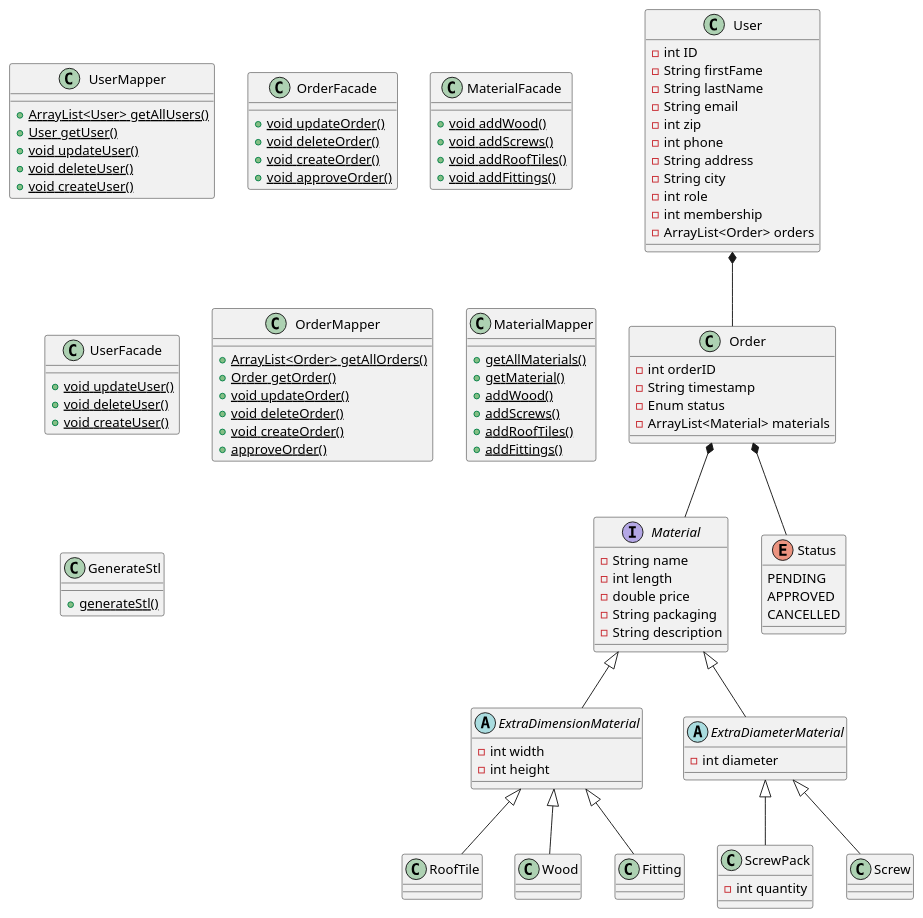
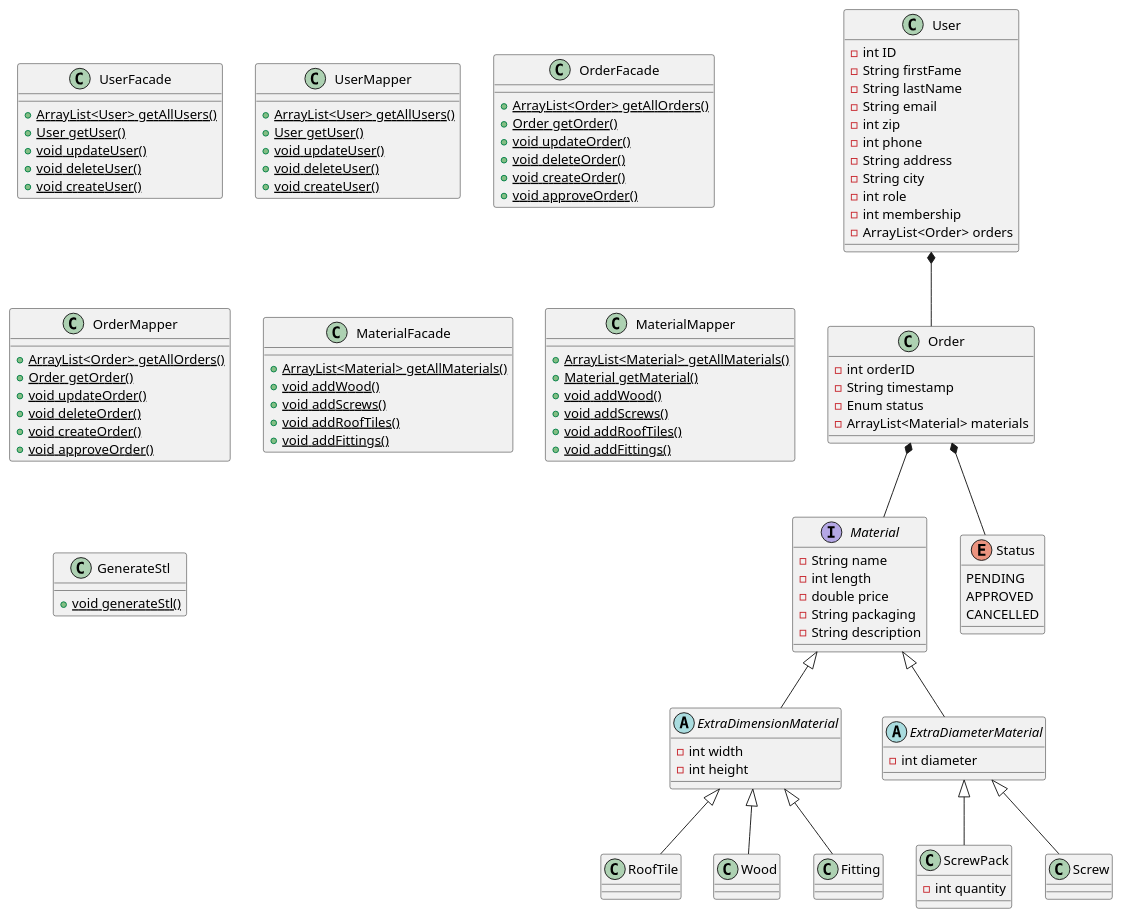
One commit to HeinLarsen/fog-carport changed the diagram in documentation/ClassDiagramV3.puml. Above: the diagram before and after it, drawn with PlantUML.

```diff
--- a/documentation/ClassDiagramV3.puml
+++ b/documentation/ClassDiagramV3.puml
@@ -1,126 +1,132 @@
 @startuml
 'https://plantuml.com/class-diagram
 
 class User {
 - int ID
 - String firstFame
 - String lastName
 - String email
 - int zip
 - int phone
 - String address
 - String city
 - int role
 - int membership
 - ArrayList<Order> orders
 }
 
+class UserFacade {
++ {static} ArrayList<User> getAllUsers()
++ {static} User getUser()
++ {static} void updateUser()
++ {static} void deleteUser()
++ {static} void createUser()
+}
+
+
+class UserMapper {
++ {static} ArrayList<User> getAllUsers()
++ {static} User getUser()
++ {static} void updateUser()
++ {static} void deleteUser()
++ {static} void createUser()
+}
+
 class Order {
 - int orderID
 - String timestamp
 - Enum status
 - ArrayList<Material> materials
 }
 
-class UserMapper{
-+ {static} ArrayList<User> getAllUsers()
-+ {static} User getUser()
-+ {static} void updateUser()
-+ {static} void deleteUser()
-+ {static} void createUser()
-}
-
-class OrderFacade{
+class OrderFacade {
++ {static} ArrayList<Order> getAllOrders()
++ {static} Order getOrder()
 + {static} void updateOrder()
 + {static} void deleteOrder()
 + {static} void createOrder()
 + {static} void approveOrder()
 }
 
-class MaterialFacade{
+class OrderMapper {
++ {static} ArrayList<Order> getAllOrders()
++ {static} Order getOrder()
++ {static} void updateOrder()
++ {static} void deleteOrder()
++ {static} void createOrder()
++ {static} void approveOrder()
+}
+
+class MaterialFacade {
++ {static} ArrayList<Material> getAllMaterials()
 + {static} void addWood()
 + {static} void addScrews()
 + {static} void addRoofTiles()
 + {static} void addFittings()
 }
 
-class UserFacade{
-+ {static} void updateUser()
-+ {static} void deleteUser()
-+ {static} void createUser()
-}
-
-class OrderMapper{
-+ {static} ArrayList<Order> getAllOrders()
-+ {static} Order getOrder()
-+ {static} void updateOrder()
-+ {static} void deleteOrder()
-+ {static} void createOrder()
-+ {static} approveOrder()
-}
-
-class MaterialMapper{
-+ {static} getAllMaterials()
-+ {static} getMaterial()
-+ {static} addWood()
-+ {static} addScrews()
-+ {static} addRoofTiles()
-+ {static} addFittings()
+class MaterialMapper {
++ {static} ArrayList<Material> getAllMaterials()
++ {static} Material getMaterial()
++ {static} void addWood()
++ {static} void addScrews()
++ {static} void addRoofTiles()
++ {static} void addFittings()
 }
 
 class GenerateStl {
-+ {static} generateStl()
++ {static} void generateStl()
 }
 
 interface Material {
 - String name
 - int length
 - double price
 - String packaging
 - String description
 }
 
 abstract class ExtraDimensionMaterial {
 - int width
 - int height
 }
 
 class RoofTile {
 }
 
 class Wood {
 }
 
 class Fitting {
 }
 
 abstract class ExtraDiameterMaterial {
 - int diameter
 }
 
 class ScrewPack {
 - int quantity
 }
 
 class Screw {
 }
 
 Enum Status {
     PENDING
     APPROVED
     CANCELLED
 }
 
 Material <|-- ExtraDimensionMaterial
 ExtraDimensionMaterial <|-- RoofTile
 ExtraDimensionMaterial <|-- Wood
 ExtraDimensionMaterial <|-- Fitting
 Material <|-- ExtraDiameterMaterial
 ExtraDiameterMaterial <|-- ScrewPack
 ExtraDiameterMaterial <|-- Screw
 
 Order *-- Material
 Order *-- Status
 User *-- Order
 
 @enduml
```
